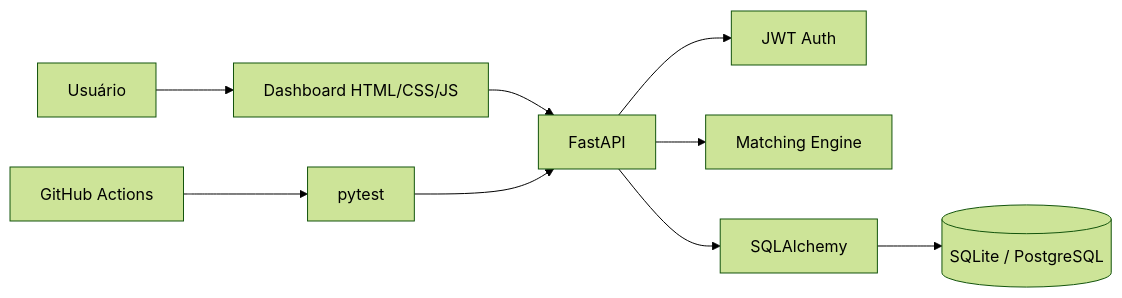
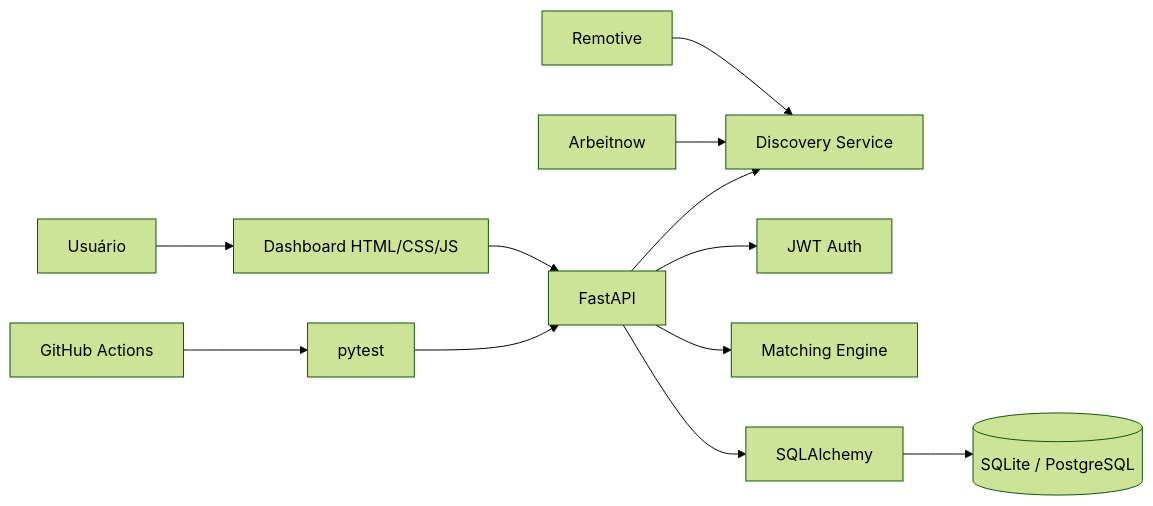
Before and after one commit to rodrigo-srf/jobfit-api: the diagram in README.md, drawn with Mermaid (forest theme). The commit also changed other lines of this file, not shown here.

Commit message:
docs: showcase multi-source discovery and live demo

````diff
--- a/README.md
+++ b/README.md
@@ -73,11 +66,14 @@
 ```mermaid
 flowchart LR
+    R[Remotive] --> D[Discovery Service]
+    A[Arbeitnow] --> D
     U[Usuário] --> UI[Dashboard HTML/CSS/JS]
     UI --> API[FastAPI]
+    API --> D
     API --> AUTH[JWT Auth]
     API --> MATCH[Matching Engine]
     API --> ORM[SQLAlchemy]
     ORM --> DB[(SQLite / PostgreSQL)]
     CI[GitHub Actions] --> TESTS[pytest]
     TESTS --> API
 ```
````
